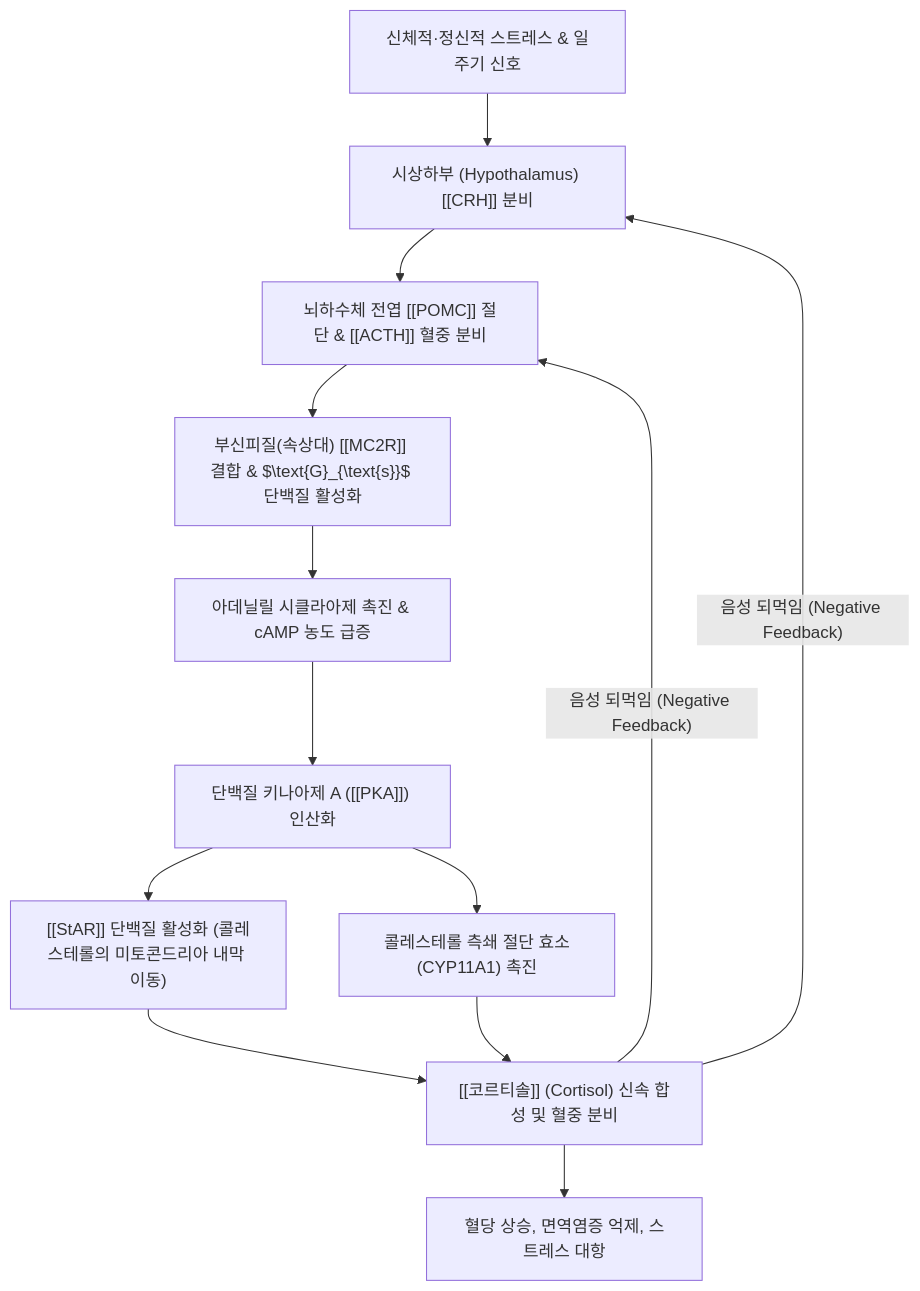
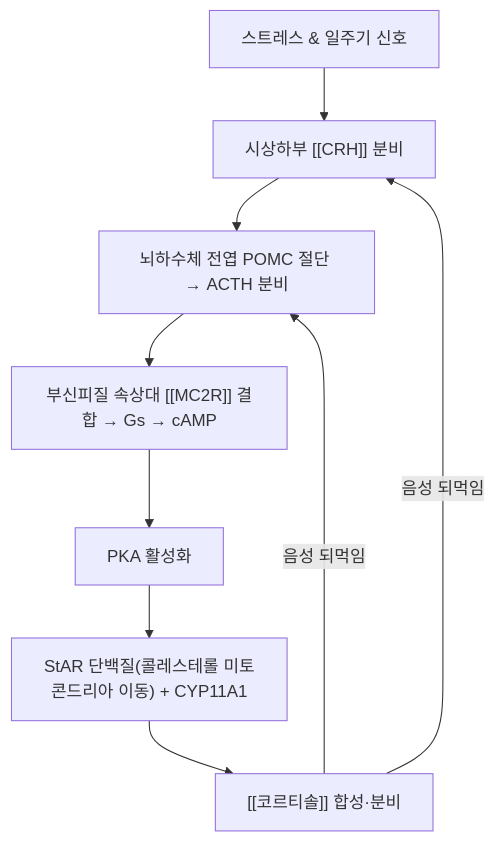
One commit to simbio11/simbio-digital-garden2 changed the diagram in content/2. 약리 공부/약리성분/ACTH.md. Above: the diagram before and after it, drawn with Mermaid. The commit also changed other lines of this file and 299 other files, not shown here.

````diff
--- a/content/2. 약리 공부/약리성분/ACTH.md
+++ b/content/2. 약리 공부/약리성분/ACTH.md
@@ -45,16 +72,11 @@
 ```mermaid
 graph TD
-    Stress["신체적·정신적 스트레스 & 일주기 신호"] --> Hypo["시상하부 (Hypothalamus) [[CRH]] 분비"]
-    Hypo --> Pituitary["뇌하수체 전엽 [[POMC]] 절단 & [[ACTH]] 혈중 분비"]
-    
-    Pituitary --> MC2R["부신피질(속상대) [[MC2R]] 결합 & $\text{G}_{\text{s}}$ 단백질 활성화"]
-    MC2R --> cAMP["아데닐릴 시클라아제 촉진 & cAMP 농도 급증"]
-    cAMP --> PKA["단백질 키나아제 A ([[PKA]]) 인산화"]
-    
-    PKA --> StAR["[[StAR]] 단백질 활성화 (콜레스테롤의 미토콘드리아 내막 이동)"]
-    PKA --> CYP11A1["콜레스테롤 측쇄 절단 효소(CYP11A1) 촉진"]
-    
-    StAR & CYP11A1 --> Cortisol["[[코르티솔]] (Cortisol) 신속 합성 및 혈중 분비"]
-    Cortisol --> Metabolism["혈당 상승, 면역염증 억제, 스트레스 대항"]
-    Cortisol -- "음성 되먹임 (Negative Feedback)" --> Hypo & Pituitary
+    Stress["스트레스 & 일주기 신호"] --> Hypo["시상하부 [[CRH]] 분비"]
+    Hypo --> Pituitary["뇌하수체 전엽 POMC 절단 → ACTH 분비"]
+    Pituitary --> MC2R["부신피질 속상대 [[MC2R]] 결합 → Gs → cAMP"]
+    MC2R --> PKA["PKA 활성화"]
+    PKA --> StAR["StAR 단백질(콜레스테롤 미토콘드리아 이동) + CYP11A1"]
+    StAR --> Cortisol["[[코르티솔]] 합성·분비"]
+    Cortisol -- "음성 되먹임" --> Hypo
+    Cortisol -- "음성 되먹임" --> Pituitary
 ```
````
